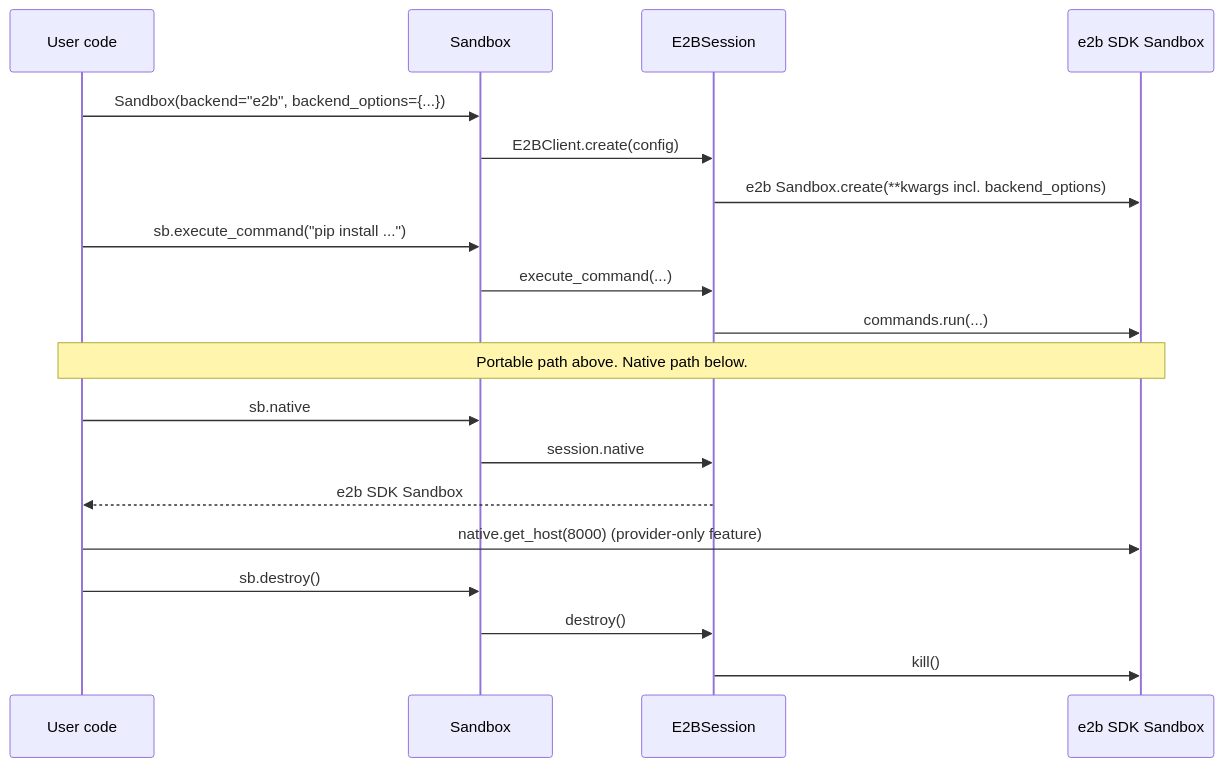
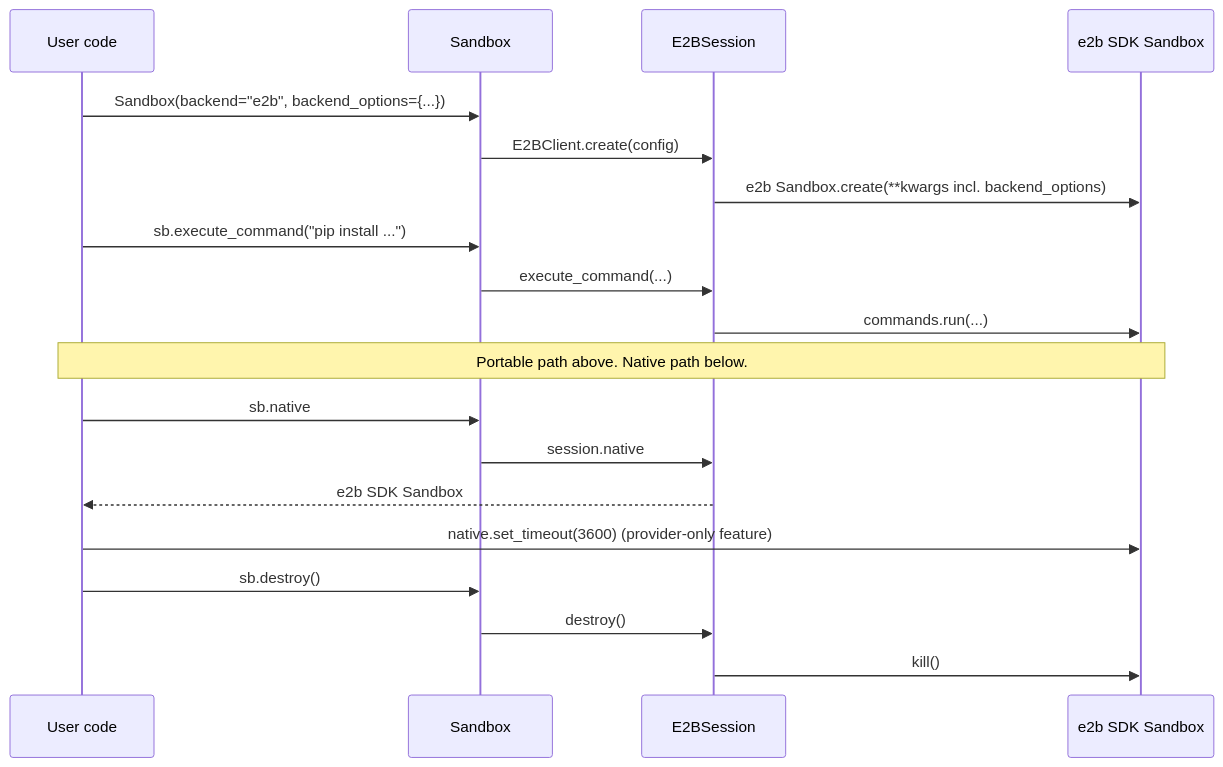
The third of 5 diagrams in docs/design/provider-coverage.md (bespokelabsai/sandbox-router), drawn with Mermaid before and after one commit. The commit also changed other lines of this file and 17 other files, not shown here.

First line of the commit message:
Add Sandbox.native to reach the provider's own SDK object

````diff
--- a/docs/design/provider-coverage.md
+++ b/docs/design/provider-coverage.md
@@ -146,22 +156,22 @@
 ```mermaid
 sequenceDiagram
     participant U as User code
     participant S as Sandbox
     participant B as E2BSession
     participant P as e2b SDK Sandbox
 
     U->>S: Sandbox(backend="e2b", backend_options={...})
     S->>B: E2BClient.create(config)
     B->>P: e2b Sandbox.create(**kwargs incl. backend_options)
     U->>S: sb.execute_command("pip install ...")
     S->>B: execute_command(...)
     B->>P: commands.run(...)
     Note over U,P: Portable path above. Native path below.
     U->>S: sb.native
     S->>B: session.native
     B-->>U: e2b SDK Sandbox
-    U->>P: native.get_host(8000)  (provider-only feature)
+    U->>P: native.set_timeout(3600)  (provider-only feature)
     U->>S: sb.destroy()
     S->>B: destroy()
     B->>P: kill()
 ```
````
